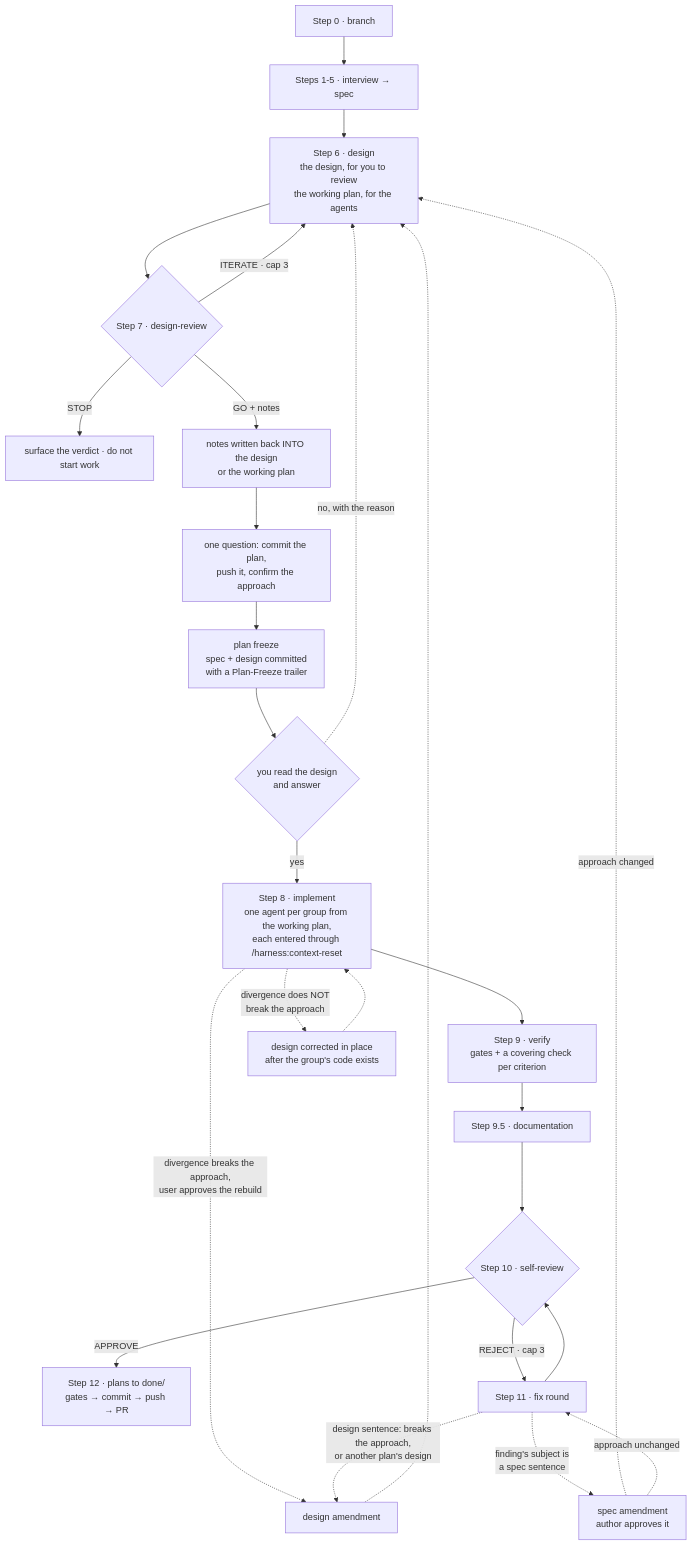
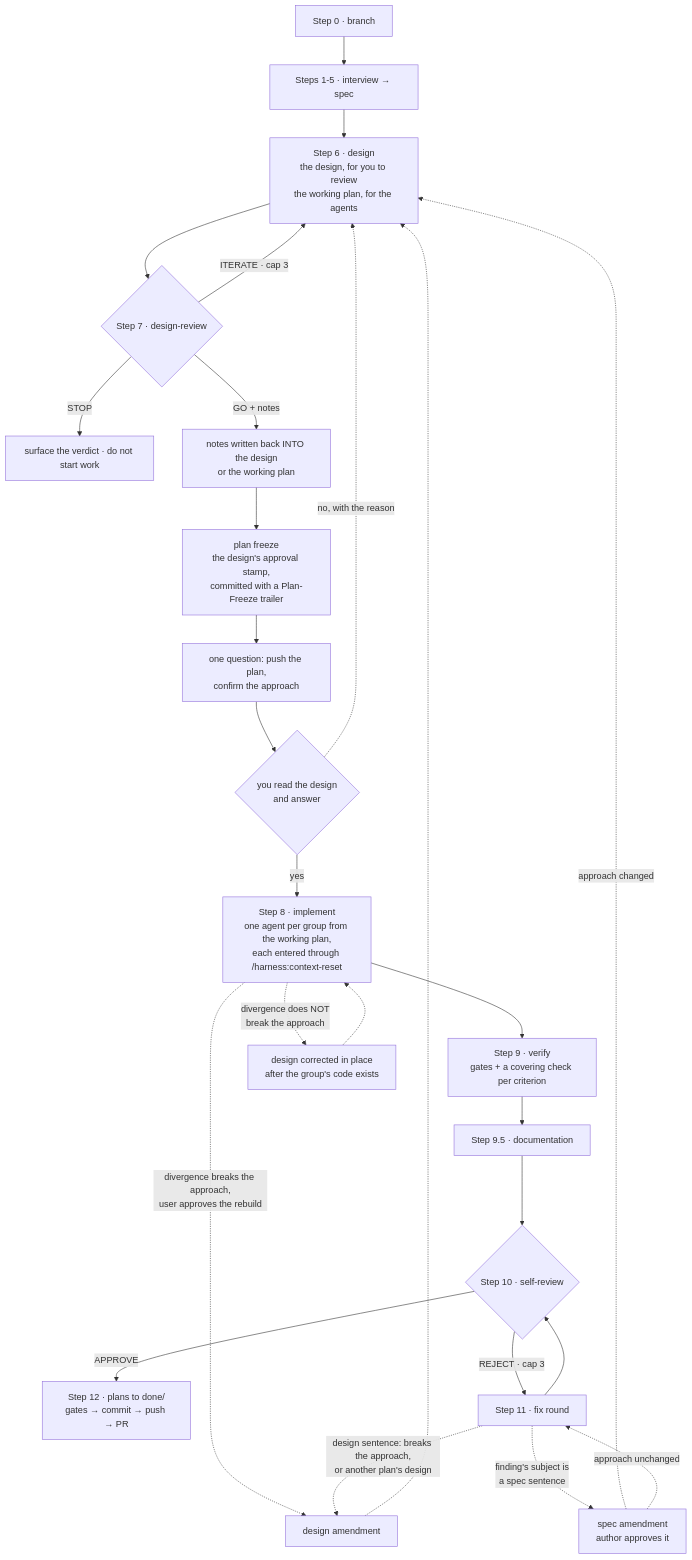
The first of 2 diagrams in README.md (JeriC4o/agent-harness), drawn with Mermaid before and after one commit. The commit also changed other lines of this file and 1 other file, not shown here.

First line of the commit message:
GH-180: docs(readme): merge style, commits without a prompt, the freeze before the question

````diff
--- a/README.md
+++ b/README.md
@@ -285,29 +301,29 @@
 ```mermaid
 flowchart TD
     S0["Step 0 · branch"] --> S15["Steps 1-5 · interview → spec"]
     S15 --> S6["Step 6 · design<br/>the design, for you to review<br/>the working plan, for the agents"]
     S6 --> S7{"Step 7 · design-review"}
     S7 -->|"ITERATE · cap 3"| S6
     S7 -->|STOP| OUT1["surface the verdict · do not start work"]
     S7 -->|"GO + notes"| WB["notes written back INTO the design<br/>or the working plan"]
-    WB --> Q["one question: commit the plan,<br/>push it, confirm the approach"]
-    Q --> FZ["plan freeze<br/>spec + design committed<br/>with a Plan-Freeze trailer"]
-    FZ --> ANS{"you read the design<br/>and answer"}
+    WB --> FZ["plan freeze<br/>the design's approval stamp,<br/>committed with a Plan-Freeze trailer"]
+    FZ --> Q["one question: push the plan,<br/>confirm the approach"]
+    Q --> ANS{"you read the design<br/>and answer"}
     ANS -.->|"no, with the reason"| S6
     ANS -->|yes| S8["Step 8 · implement<br/>one agent per group from the working plan,<br/>each entered through /harness:context-reset"]
     S8 --> S9["Step 9 · verify<br/>gates + a covering check per criterion"]
     S9 --> S95["Step 9.5 · documentation"]
     S95 --> S10{"Step 10 · self-review"}
     S10 -->|APPROVE| S12["Step 12 · plans to done/<br/>gates → commit → push → PR"]
     S10 -->|"REJECT · cap 3"| S11["Step 11 · fix round"]
     S11 --> S10
 
     S8 -.->|"divergence does NOT<br/>break the approach"| CIP["design corrected in place<br/>after the group's code exists"]
     CIP -.-> S8
     S8 -.->|"divergence breaks the approach,<br/>user approves the rebuild"| AMD["design amendment"]
     S11 -.->|"design sentence: breaks the approach,<br/>or another plan's design"| AMD
     AMD -.-> S6
     S11 -.->|"finding's subject is<br/>a spec sentence"| AMS["spec amendment<br/>author approves it"]
     AMS -.->|"approach changed"| S6
     AMS -.->|"approach unchanged"| S11
 ```
````
